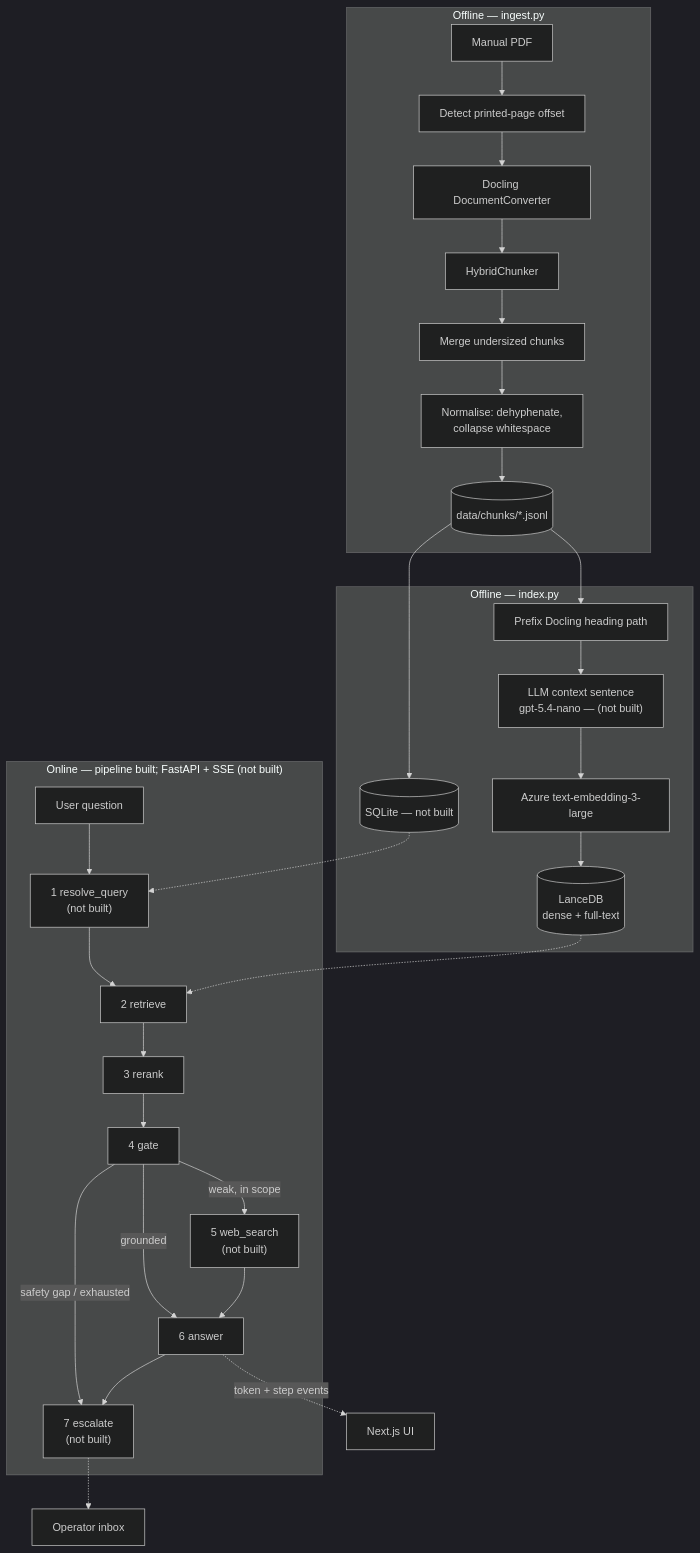
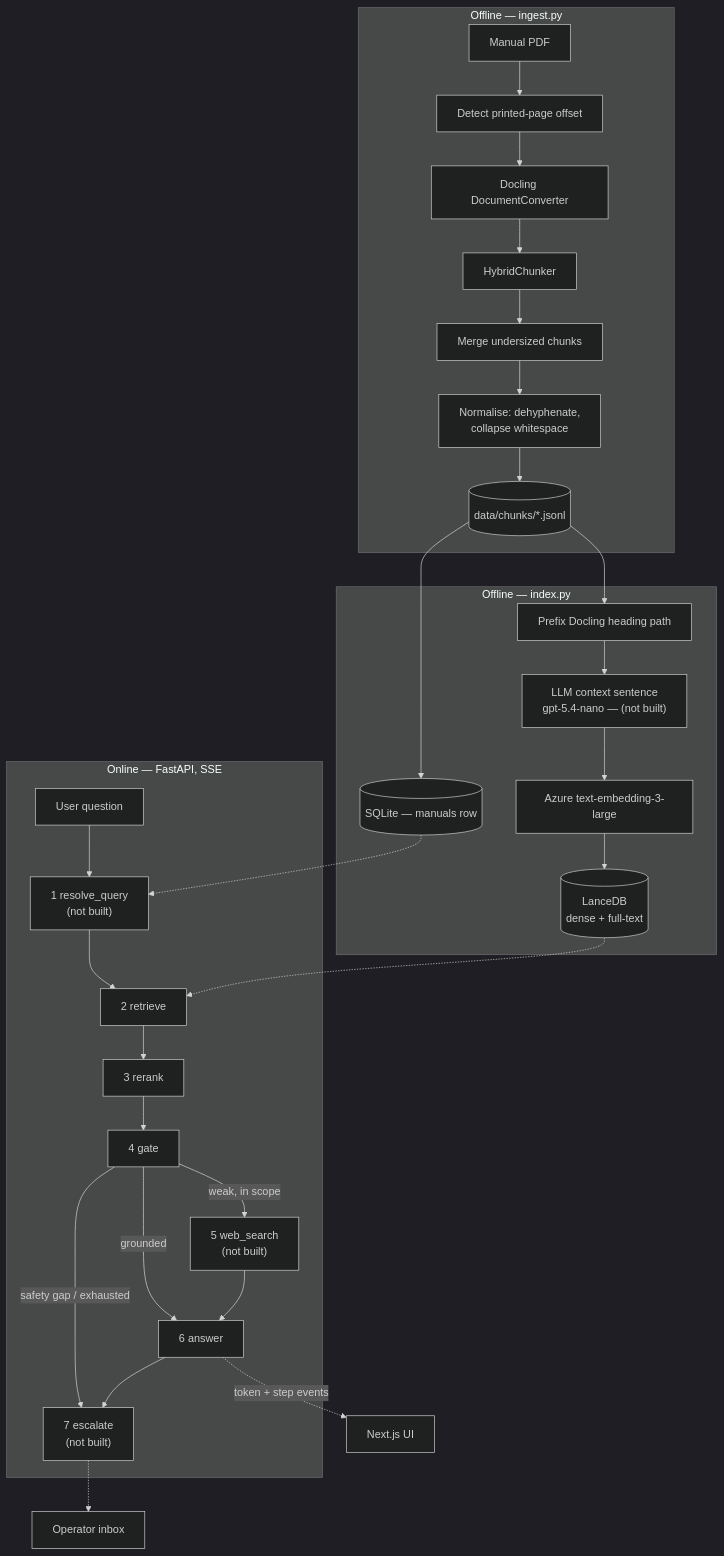
The diagram in docs/architecture.md (NilupulNishan/large-document-processing-demo), drawn with Mermaid (dark theme) before and after one commit. The commit also changed other lines of this file and 12 other files, not shown here.

````diff
--- a/docs/architecture.md
+++ b/docs/architecture.md
@@ -17,36 +18,36 @@
 ```mermaid
 flowchart TB
     subgraph ingest["Offline — ingest.py"]
         pdf[Manual PDF] --> offset["Detect printed-page offset"]
         offset --> docling[Docling DocumentConverter]
         docling --> chunk[HybridChunker]
         chunk --> merge["Merge undersized chunks"]
         merge --> norm["Normalise: dehyphenate,<br/>collapse whitespace"]
         norm --> jsonl[("data/chunks/*.jsonl")]
     end
 
     subgraph index["Offline — index.py"]
         jsonl --> head["Prefix Docling heading path"]
         head --> ctx["LLM context sentence<br/>gpt-5.4-nano — (not built)"]
         ctx --> embed[Azure text-embedding-3-large]
         embed --> lance[(LanceDB<br/>dense + full-text)]
-        jsonl --> sqlite[(SQLite — not built)]
+        jsonl --> sqlite[("SQLite — manuals row")]
     end
 
-    subgraph online["Online — pipeline built; FastAPI + SSE (not built)"]
+    subgraph online["Online — FastAPI, SSE"]
         q[User question] --> resolve["1 resolve_query<br/>(not built)"]
         resolve --> retrieve["2 retrieve"]
         retrieve --> rerank["3 rerank"]
         rerank --> gate["4 gate"]
         gate -->|weak, in scope| web["5 web_search<br/>(not built)"]
         gate -->|grounded| answer["6 answer"]
         web --> answer
         gate -->|safety gap / exhausted| esc["7 escalate<br/>(not built)"]
         answer --> esc
     end
 
     lance -.-> retrieve
     sqlite -.-> resolve
     answer -.->|token + step events| ui[Next.js UI]
     esc -.-> inbox[Operator inbox]
 ```
````
